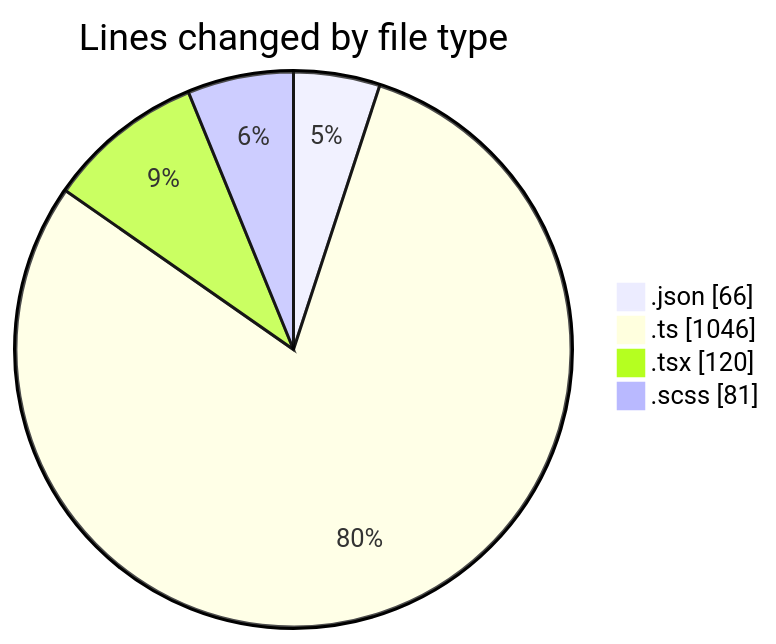
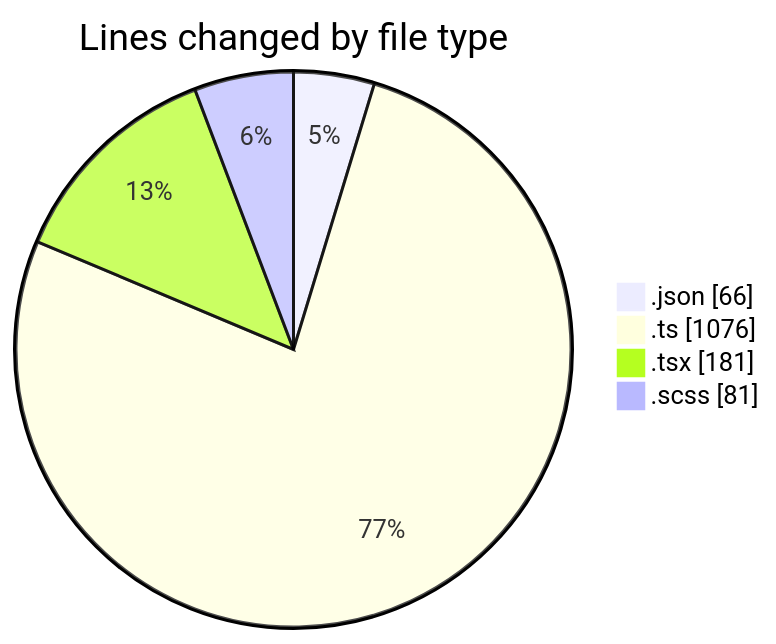
One commit to momahboobian/code-tracking changed the first of 2 diagrams in 2025-05-09/cda/README.md. Above: the diagram before and after it, drawn with Mermaid. The commit also changed other lines of this file and 1 other file, not shown here.

Commit message:
type(cda): Increased lines of code for summaryStats.ts and App.tsx by 290 and 61 respectively. Decreased lines of code for summaryStats.test.ts by 13 and increased lines of code for SummaryMetric.tsx and SummaryMetric.scss by 59 and 79 respectively. Also, updated the README with new metrics.

````diff
--- a/2025-05-09/cda/README.md
+++ b/2025-05-09/cda/README.md
@@ -25,8 +25,8 @@
 ```mermaid
 pie showData
 title Lines changed by file type
 ".json" : 66
-".ts" : 1046
-".tsx" : 120
+".ts" : 1076
+".tsx" : 181
 ".scss" : 81
 ```
````
